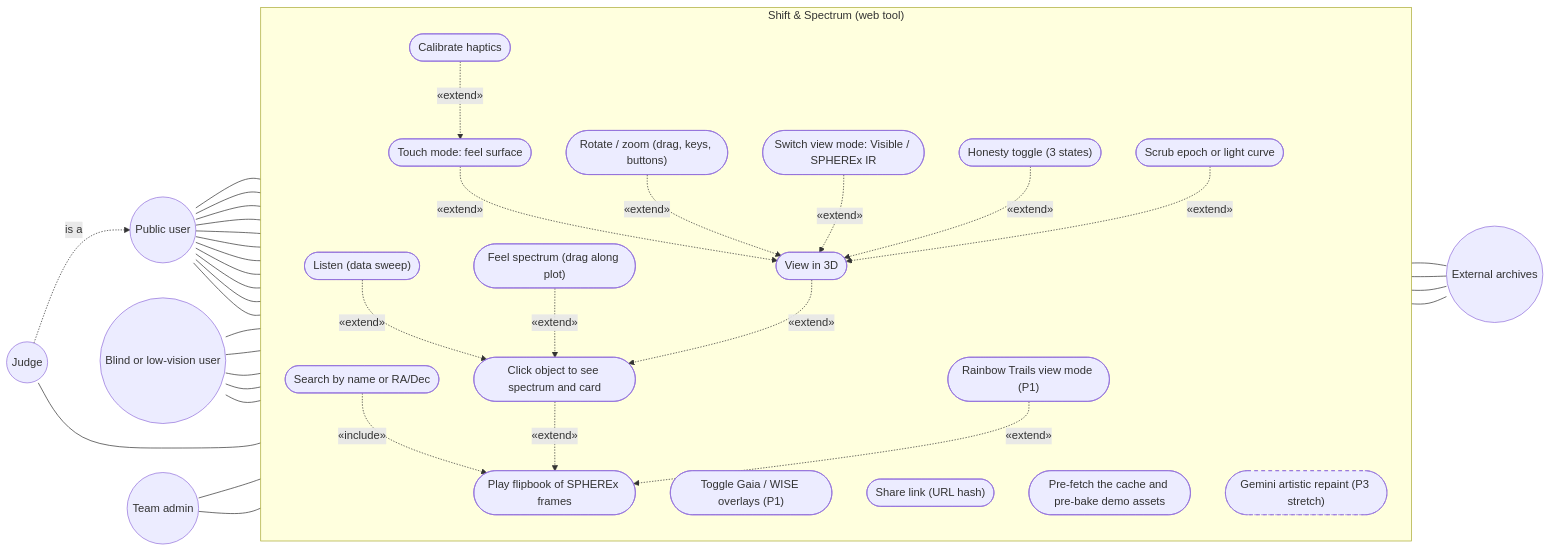
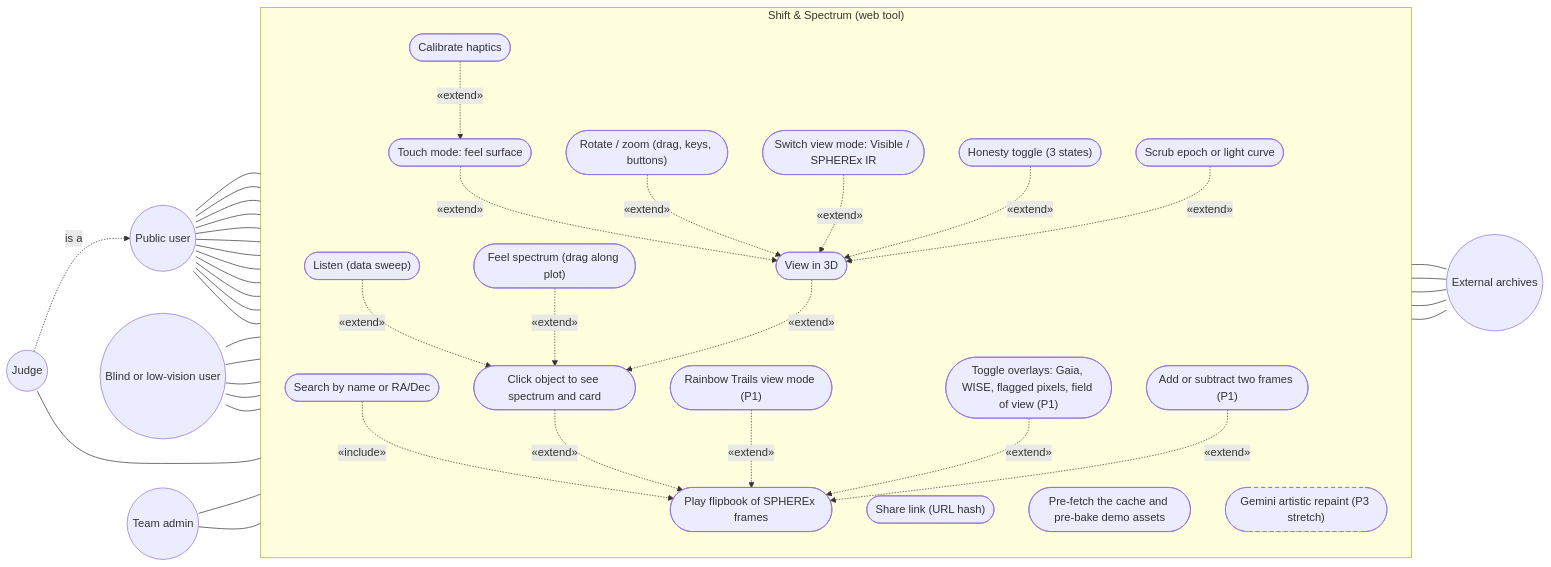
Before and after one commit to 0ffrian/SphereX: the diagram in docs/uml/01-use-case.md, drawn with Mermaid. The commit also changed other lines of this file and 13 other files, not shown here.

First line of the commit message:
Docs for the overlay endpoints (#32 review B3): D-16 note, A3.2, A3.3, A4.9, A1.1, plan, UML 01/02/04/08

````diff
--- a/docs/uml/01-use-case.md
+++ b/docs/uml/01-use-case.md
@@ -7,75 +7,80 @@
 ```mermaid
 flowchart LR
   Public((Public user))
   Blind((Blind or low-vision user))
   Judge((Judge))
   Admin((Team admin))
 
   subgraph System["Shift & Spectrum (web tool)"]
     direction TB
     UCSearch(["Search by name or RA/Dec"])
     UCFlip(["Play flipbook of SPHEREx frames"])
     UCTrails(["Rainbow Trails view mode (P1)"])
-    UCOverlay(["Toggle Gaia / WISE overlays (P1)"])
+    UCOverlay(["Toggle overlays: Gaia, WISE, flagged pixels, field of view (P1)"])
+    UCCombine(["Add or subtract two frames (P1)"])
     UCSpectrum(["Click object to see spectrum and card"])
     UCListen(["Listen (data sweep)"])
     UCFeelSpec(["Feel spectrum (drag along plot)"])
     UCView3D(["View in 3D"])
     UCRotate(["Rotate / zoom (drag, keys, buttons)"])
     UCTouch(["Touch mode: feel surface"])
     UCViewMode(["Switch view mode: Visible / SPHEREx IR"])
     UCHonesty(["Honesty toggle (3 states)"])
     UCScrub(["Scrub epoch or light curve"])
     UCCalib(["Calibrate haptics"])
     UCShare(["Share link (URL hash)"])
     UCPrebake(["Pre-fetch the cache and pre-bake demo assets"])
     UCGemini(["Gemini artistic repaint (P3 stretch)"])
   end
 
   Archives((External archives))
 
   Public --- UCSearch
   Public --- UCFlip
   Public --- UCSpectrum
   Public --- UCView3D
   Public --- UCRotate
   Public --- UCViewMode
   Public --- UCHonesty
   Public --- UCScrub
   Public --- UCShare
   Public --- UCOverlay
+  Public --- UCCombine
   Public --- UCTrails
 
   Blind --- UCListen
   Blind --- UCFeelSpec
   Blind --- UCTouch
   Blind --- UCCalib
   Blind --- UCRotate
 
   Judge -.->|"is a"| Public
   Judge --- UCShare
 
   Admin --- UCPrebake
   Admin --- UCGemini
 
   UCSearch -.->|"«include»"| UCFlip
   UCSpectrum -.->|"«extend»"| UCFlip
   UCTrails -.->|"«extend»"| UCFlip
+  UCOverlay -.->|"«extend»"| UCFlip
+  UCCombine -.->|"«extend»"| UCFlip
   UCListen -.->|"«extend»"| UCSpectrum
   UCFeelSpec -.->|"«extend»"| UCSpectrum
   UCView3D -.->|"«extend»"| UCSpectrum
   UCTouch -.->|"«extend»"| UCView3D
   UCRotate -.->|"«extend»"| UCView3D
   UCViewMode -.->|"«extend»"| UCView3D
   UCHonesty -.->|"«extend»"| UCView3D
   UCScrub -.->|"«extend»"| UCView3D
   UCCalib -.->|"«extend»"| UCTouch
 
   UCSearch --- Archives
   UCSpectrum --- Archives
+  UCOverlay --- Archives
   UCPrebake --- Archives
   UCGemini --- Archives
 
   classDef stretch stroke-dasharray: 5 5
   class UCGemini stretch
 ```
````
